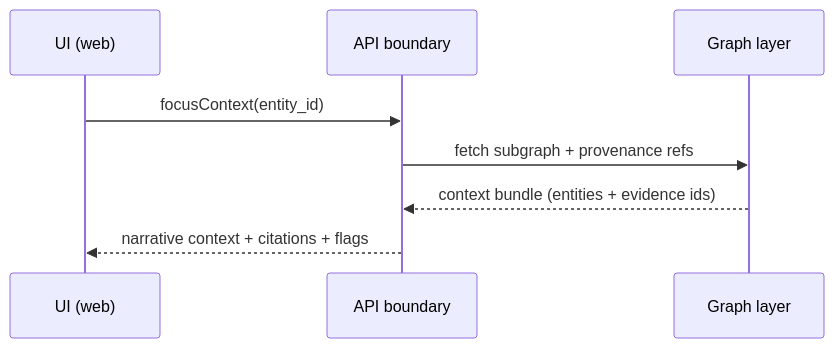
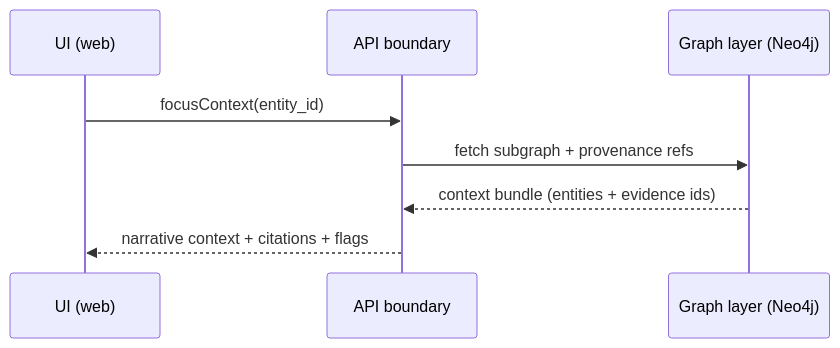
Before and after one commit to bartytime4life/Kansas-Frontier-Matrix: the second of 2 diagrams in mcp/README.md, drawn with Mermaid. The commit also changed other lines of this file, not shown here.

```diff
--- a/mcp/README.md
+++ b/mcp/README.md
@@ -308,11 +266,11 @@
 ~~~mermaid
 sequenceDiagram
   participant UI as UI (web)
   participant API as API boundary
-  participant Graph as Graph layer
+  participant Graph as Graph layer (Neo4j)
 
   UI->>API: focusContext(entity_id)
   API->>Graph: fetch subgraph + provenance refs
   Graph-->>API: context bundle (entities + evidence ids)
   API-->>UI: narrative context + citations + flags
 ~~~
```
